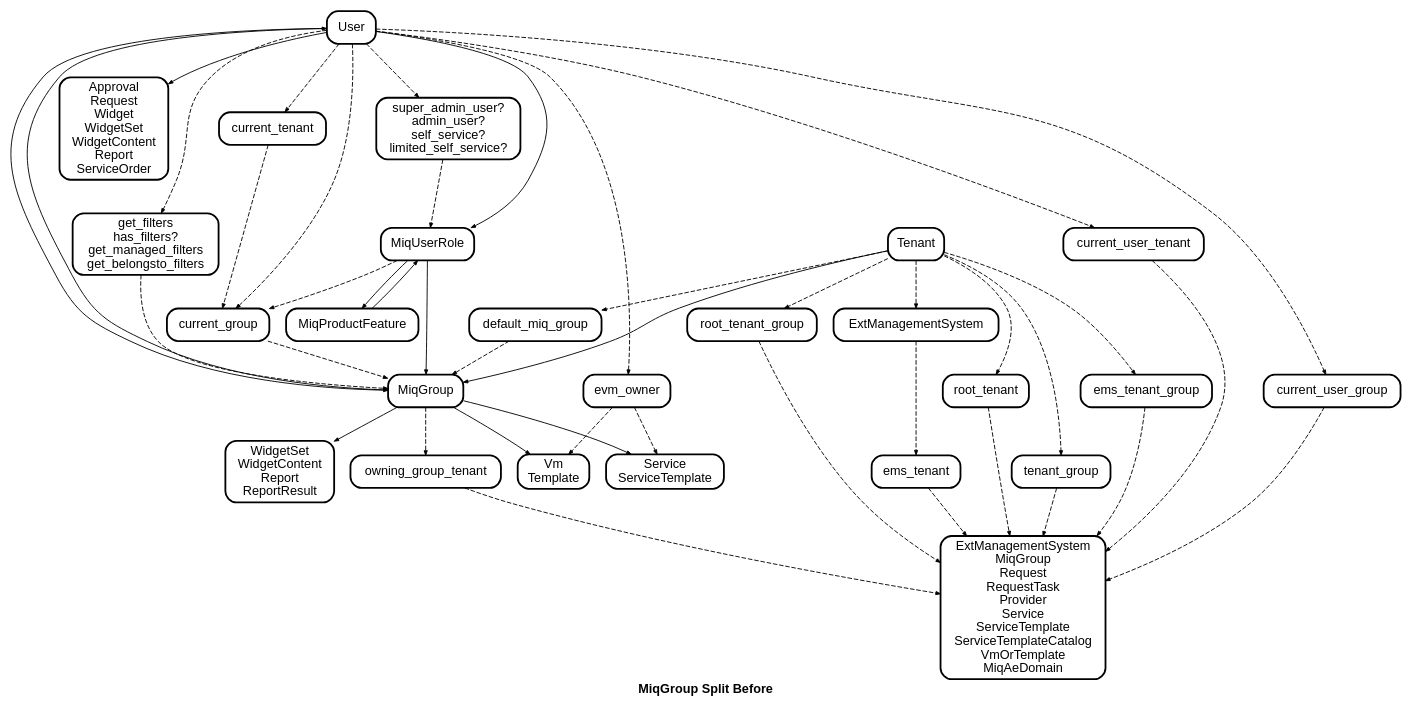
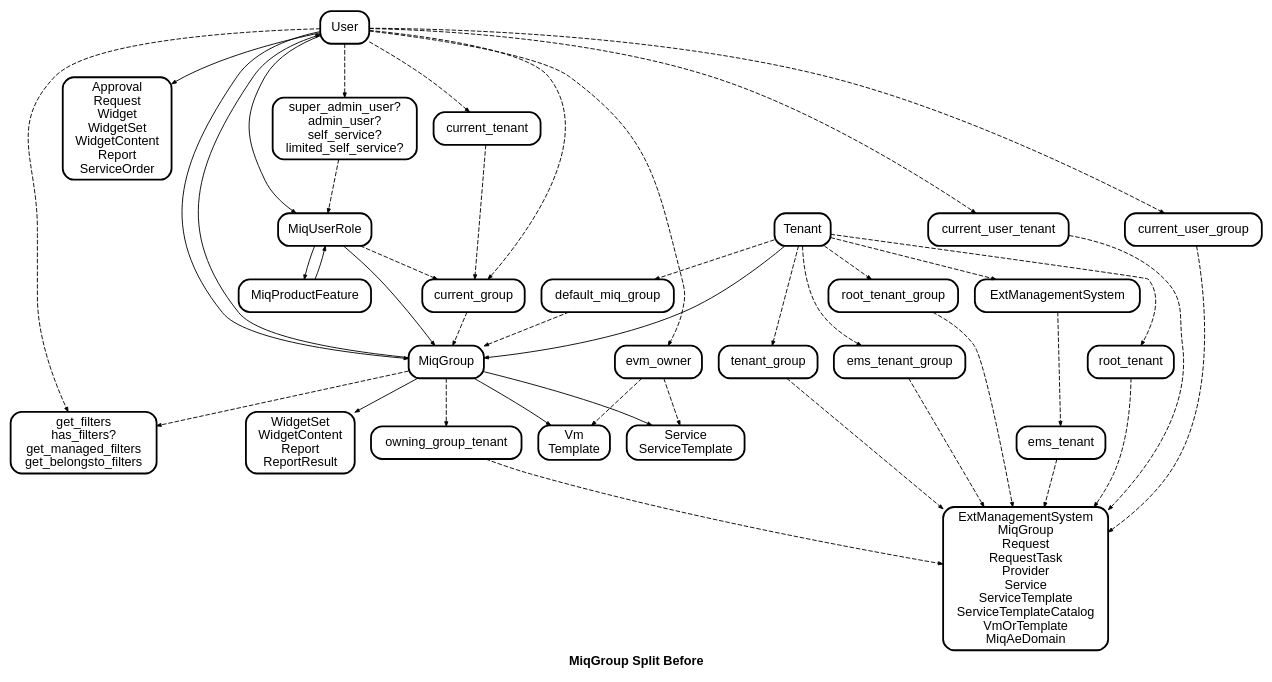
Before and after one commit to jrafanie/miq_group_split: the diagram in miq_group_split_before.dot, drawn with Graphviz.

Commit message:
A Group has filters, not vice versa.

```diff
--- a/miq_group_split_before.dot
+++ b/miq_group_split_before.dot
@@ -1,40 +1,40 @@
 digraph MiqGroupSplitBefore {
 	graph [ fontname="Helvetica-Bold" ]
 	node  [ id="\N" shape="Mrecord" style="filled" fontname="Helvetica" fillcolor="#ffffff" penwidth="2" ]
 	edge  [ arrowsize="0.5" fontname="Helvetica" ]
 
 	label="MiqGroup Split Before"
 	style="rounded"
 
 	user_owned_resources [label="Approval\nRequest\nWidget\nWidgetSet\nWidgetContent\nReport\nServiceOrder"]
 	group_owned_resources [label="WidgetSet\nWidgetContent\nReport\nReportResult"]
 	owned_vms [label="Vm\nTemplate"]
 	filters [label="get_filters\nhas_filters?\nget_managed_filters\nget_belongsto_filters"]
 	user_levels [label="super_admin_user?\nadmin_user?\nself_service?\nlimited_self_service?"]
 	service_resources [label="Service\nServiceTemplate"]
 	tenancy_resources [label="ExtManagementSystem\nMiqGroup\nRequest\nRequestTask\nProvider\nService\nServiceTemplate\nServiceTemplateCatalog\nVmOrTemplate\nMiqAeDomain"]
 
 	Tenant -> MiqGroup
 	Tenant -> default_miq_group -> MiqGroup [style="dashed"]
 	MiqUserRole -> MiqGroup
 	MiqUserRole -> MiqProductFeature
 	MiqProductFeature -> MiqUserRole
 	MiqGroup -> User, owned_vms, group_owned_resources, service_resources
 	User -> MiqUserRole, MiqGroup
 	User -> current_tenant, current_group, filters, user_levels [style="dashed"]
-	filters -> MiqGroup [style="dashed"]
+	MiqGroup -> filters [style="dashed"]
 	user_levels -> MiqUserRole [style="dashed"]
 	User -> evm_owner -> owned_vms, service_resources [style="dashed"]
 	User -> user_owned_resources
 	current_group -> MiqGroup [style="dashed"]
 	MiqUserRole, current_tenant -> current_group [style="dashed"]
 
 	MiqGroup -> owning_group_tenant -> tenancy_resources [style="dashed"]
 	User -> current_user_tenant -> tenancy_resources [style="dashed"]
 	Tenant -> ExtManagementSystem -> ems_tenant -> tenancy_resources [style="dashed"]
 	Tenant -> root_tenant -> tenancy_resources [style="dashed"]
 	Tenant -> tenant_group -> tenancy_resources [style="dashed"]
 	User -> current_user_group -> tenancy_resources [style="dashed"]
 	Tenant -> ems_tenant_group -> tenancy_resources [style="dashed"]
 	Tenant -> root_tenant_group -> tenancy_resources [style="dashed"]
 }
```
